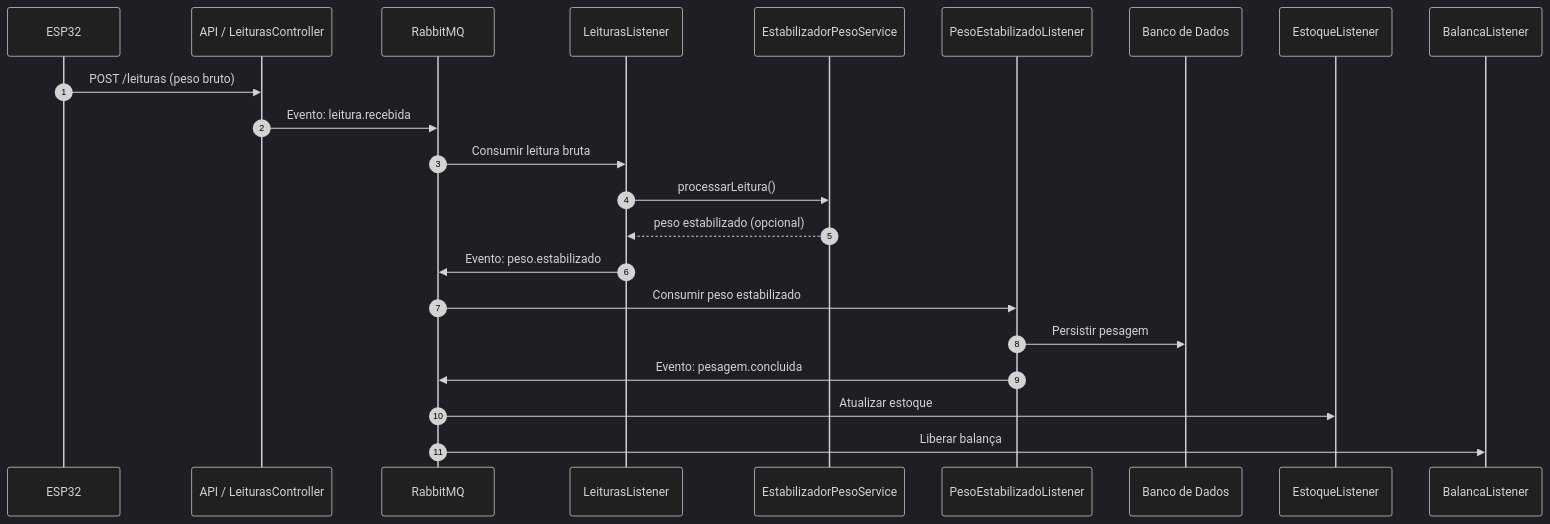
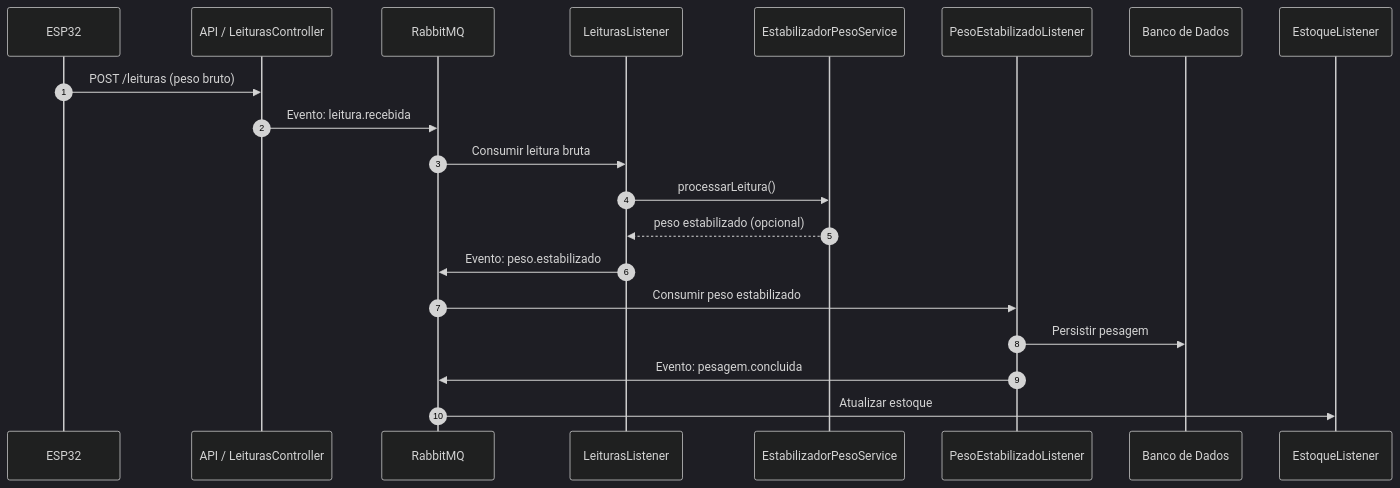
One commit to DudaMoresco/core changed the diagram in docs/Arquitetura de Medição.md. Above: the diagram before and after it, drawn with Mermaid (dark theme). The commit also changed other lines of this file and 9 other files, not shown here.

````diff
--- a/docs/Arquitetura de Medição.md
+++ b/docs/Arquitetura de Medição.md
@@ -162,25 +149,23 @@
 ```mermaid
 sequenceDiagram
     autonumber
     participant ESP32
     participant API as API / LeiturasController
     participant MQ as RabbitMQ
     participant L1 as LeiturasListener
     participant EST as EstabilizadorPesoService
     participant L2 as PesoEstabilizadoListener
     participant DB as Banco de Dados
     participant ESTQ as EstoqueListener
-    participant BAL as BalancaListener
 
     ESP32 ->> API: POST /leituras (peso bruto)
     API ->> MQ: Evento: leitura.recebida
     MQ ->> L1: Consumir leitura bruta
     L1 ->> EST: processarLeitura()
     EST -->> L1: peso estabilizado (opcional)
     L1 ->> MQ: Evento: peso.estabilizado
     MQ ->> L2: Consumir peso estabilizado
     L2 ->> DB: Persistir pesagem
     L2 ->> MQ: Evento: pesagem.concluida
     MQ ->> ESTQ: Atualizar estoque
-    MQ ->> BAL: Liberar balança
 ```
````
